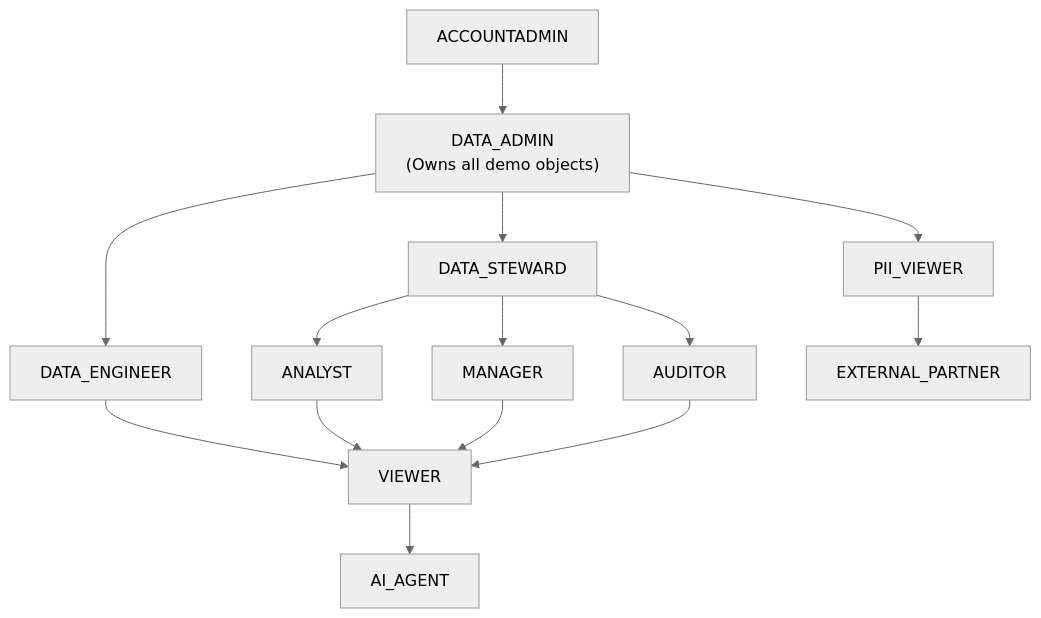
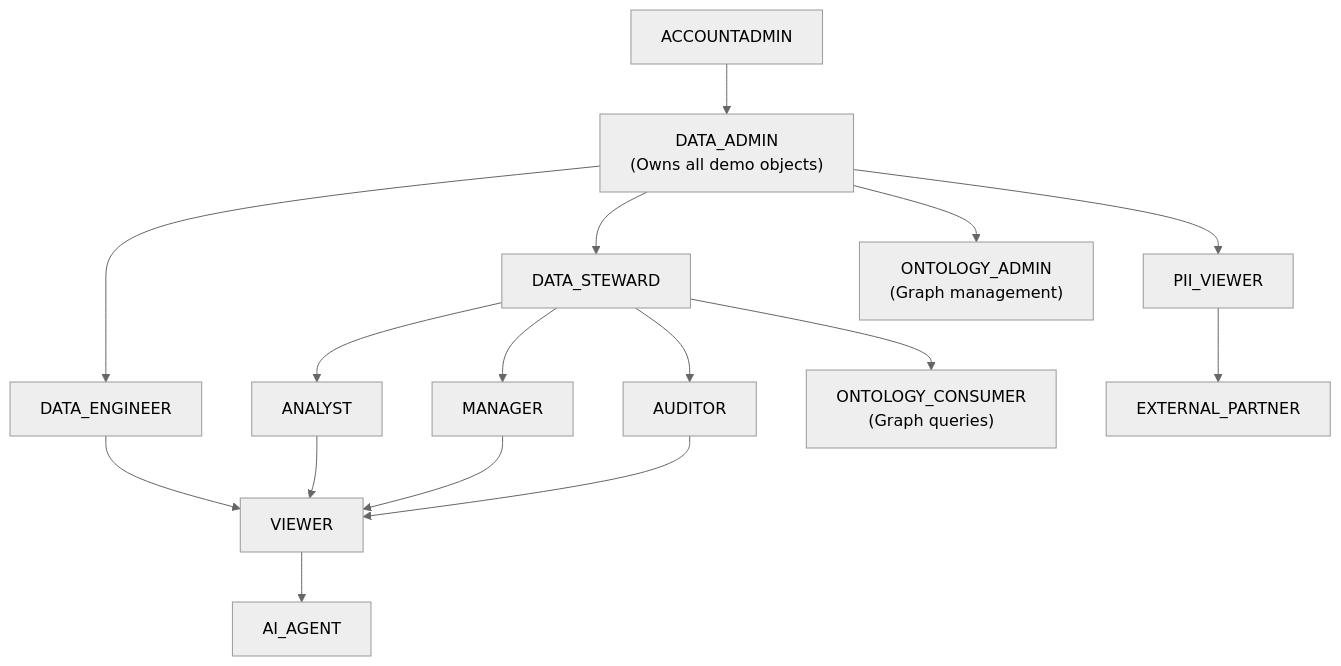
One commit to sfc-gh-smitchener-1/snowflake-dca-fullstack-demo changed the eighth of 8 diagrams in README.md. Above: the diagram before and after it, drawn with Mermaid (neutral theme). The commit also changed other lines of this file and 28 other files, not shown here.

````diff
--- a/README.md
+++ b/README.md
@@ -342,16 +354,18 @@
 ```mermaid
 graph TD
     ACCTADMIN["ACCOUNTADMIN"] --> DATA_ADMIN["DATA_ADMIN\n(Owns all demo objects)"]
     DATA_ADMIN --> DATA_ENGINEER
     DATA_ADMIN --> DATA_STEWARD
     DATA_ADMIN --> PII_VIEWER
+    DATA_ADMIN --> ONTOLOGY_ADMIN["ONTOLOGY_ADMIN\n(Graph management)"]
     DATA_STEWARD --> ANALYST
     DATA_STEWARD --> MANAGER
     DATA_STEWARD --> AUDITOR
+    DATA_STEWARD --> ONTOLOGY_CONSUMER["ONTOLOGY_CONSUMER\n(Graph queries)"]
     DATA_ENGINEER --> VIEWER
     ANALYST --> VIEWER
     MANAGER --> VIEWER
     AUDITOR --> VIEWER
     PII_VIEWER --> EXTERNAL_PARTNER
     VIEWER --> AI_AGENT
 ```
````
